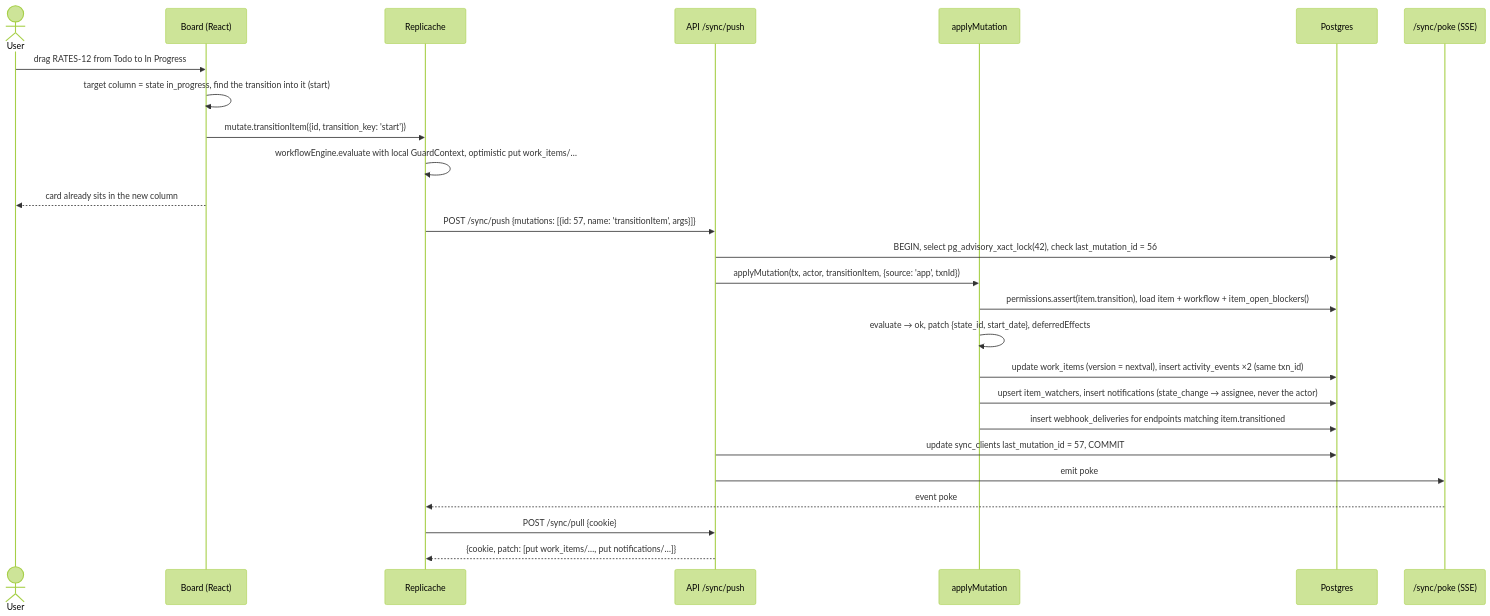
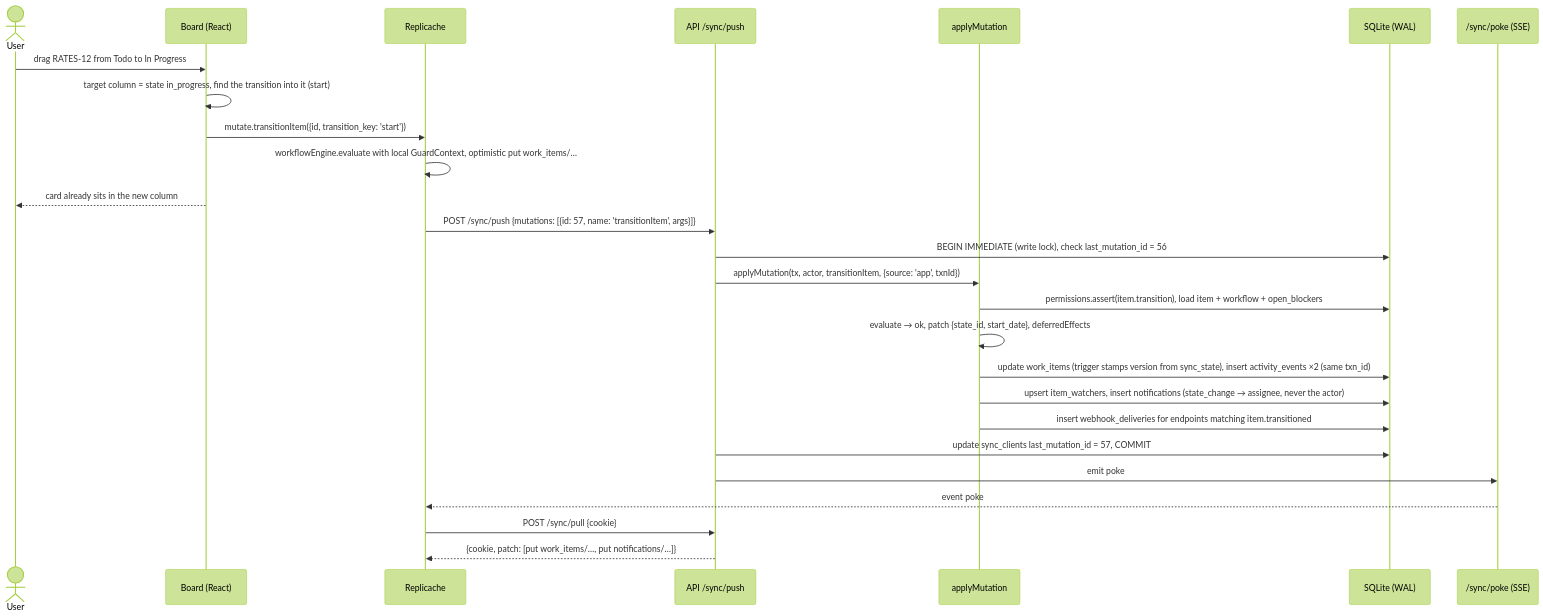
The diagram in wiki/Sync.md (jamjorf/pm-tool), drawn with Mermaid (forest theme) before and after one commit. The commit also changed other lines of this file and 19 other files, not shown here.

First line of the commit message:
Docs, wiki, README and build-prompt template for SQLite; fix duplicate FTS rows on insert

````diff
--- a/wiki/Sync.md
+++ b/wiki/Sync.md
@@ -71,29 +73,29 @@
 ```mermaid
 sequenceDiagram
     actor U as User
     participant B as Board (React)
     participant R as Replicache
     participant API as API /sync/push
     participant M as applyMutation
-    participant DB as Postgres
+    participant DB as SQLite (WAL)
     participant P as /sync/poke (SSE)
 
     U->>B: drag RATES-12 from Todo to In Progress
     B->>B: target column = state in_progress, find the transition into it (start)
     B->>R: mutate.transitionItem({id, transition_key: 'start'})
     R->>R: workflowEngine.evaluate with local GuardContext, optimistic put work_items/…
     B-->>U: card already sits in the new column
     R->>API: POST /sync/push {mutations: [{id: 57, name: 'transitionItem', args}]}
-    API->>DB: BEGIN, select pg_advisory_xact_lock(42), check last_mutation_id = 56
+    API->>DB: BEGIN IMMEDIATE (write lock), check last_mutation_id = 56
     API->>M: applyMutation(tx, actor, transitionItem, {source: 'app', txnId})
-    M->>DB: permissions.assert(item.transition), load item + workflow + item_open_blockers()
+    M->>DB: permissions.assert(item.transition), load item + workflow + open_blockers
     M->>M: evaluate → ok, patch {state_id, start_date}, deferredEffects
-    M->>DB: update work_items (version = nextval), insert activity_events ×2 (same txn_id)
+    M->>DB: update work_items (trigger stamps version from sync_state), insert activity_events ×2 (same txn_id)
     M->>DB: upsert item_watchers, insert notifications (state_change → assignee, never the actor)
     M->>DB: insert webhook_deliveries for endpoints matching item.transitioned
     API->>DB: update sync_clients last_mutation_id = 57, COMMIT
     API->>P: emit poke
     P-->>R: event poke
     R->>API: POST /sync/pull {cookie}
     API-->>R: {cookie, patch: [put work_items/…, put notifications/…]}
 ```
````
